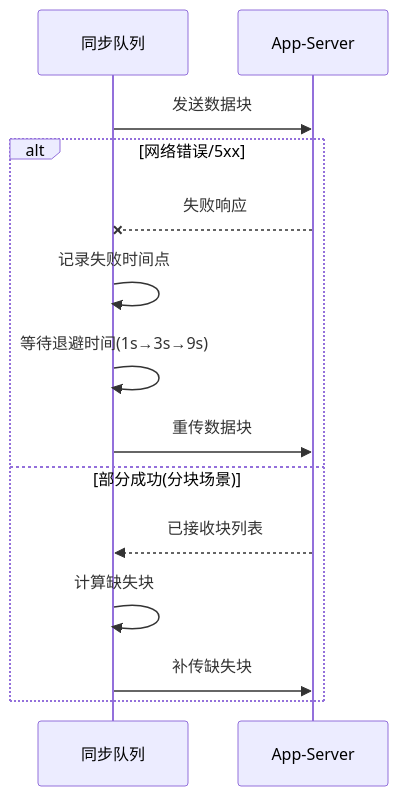
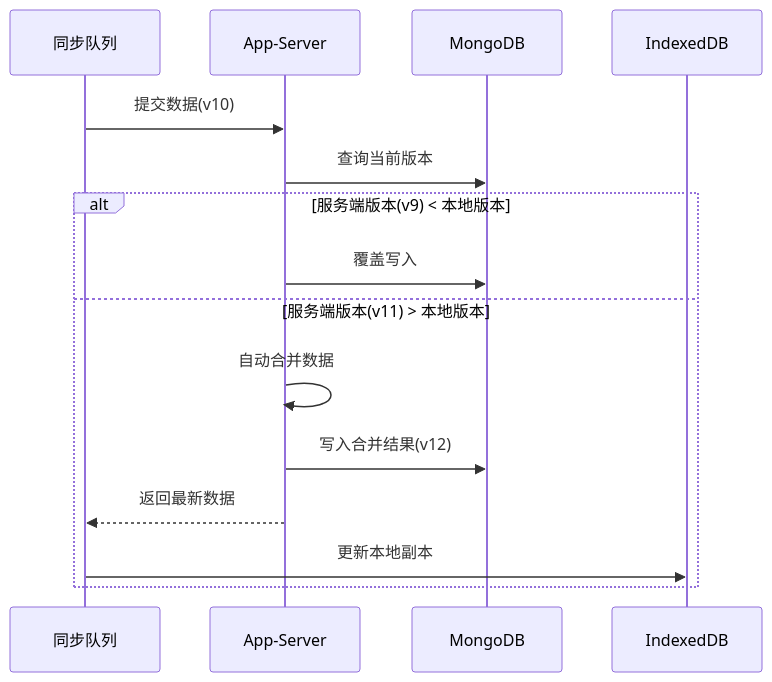
Before and after one commit to yingjianzh/iodraw-files: the diagram in all/未命名-24.md, drawn with Mermaid.

Commit message:
2025-02-21 11:10:16 update

````diff
--- a/all/未命名-24.md
+++ b/all/未命名-24.md
@@ -1,17 +1,17 @@
 ```mermaid
 sequenceDiagram
     participant 同步队列
     participant App-Server
+    participant MongoDB
 
-    同步队列->>App-Server: 发送数据块
-    alt 网络错误/5xx
-        App-Server--x 同步队列: 失败响应
-        同步队列->>同步队列: 记录失败时间点
-        同步队列->>同步队列: 等待退避时间(1s→3s→9s)
-        同步队列->>App-Server: 重传数据块
-    else 部分成功(分块场景)
-        App-Server-->>同步队列: 已接收块列表
-        同步队列->>同步队列: 计算缺失块
-        同步队列->>App-Server: 补传缺失块
+    同步队列->>App-Server: 提交数据(v10)
+    App-Server->>MongoDB: 查询当前版本
+    alt 服务端版本(v9) < 本地版本
+        App-Server->>MongoDB: 覆盖写入
+    else 服务端版本(v11) > 本地版本
+        App-Server->>App-Server: 自动合并数据
+        App-Server->>MongoDB: 写入合并结果(v12)
+        App-Server-->>同步队列: 返回最新数据
+        同步队列->>IndexedDB: 更新本地副本
     end
 ```
````
